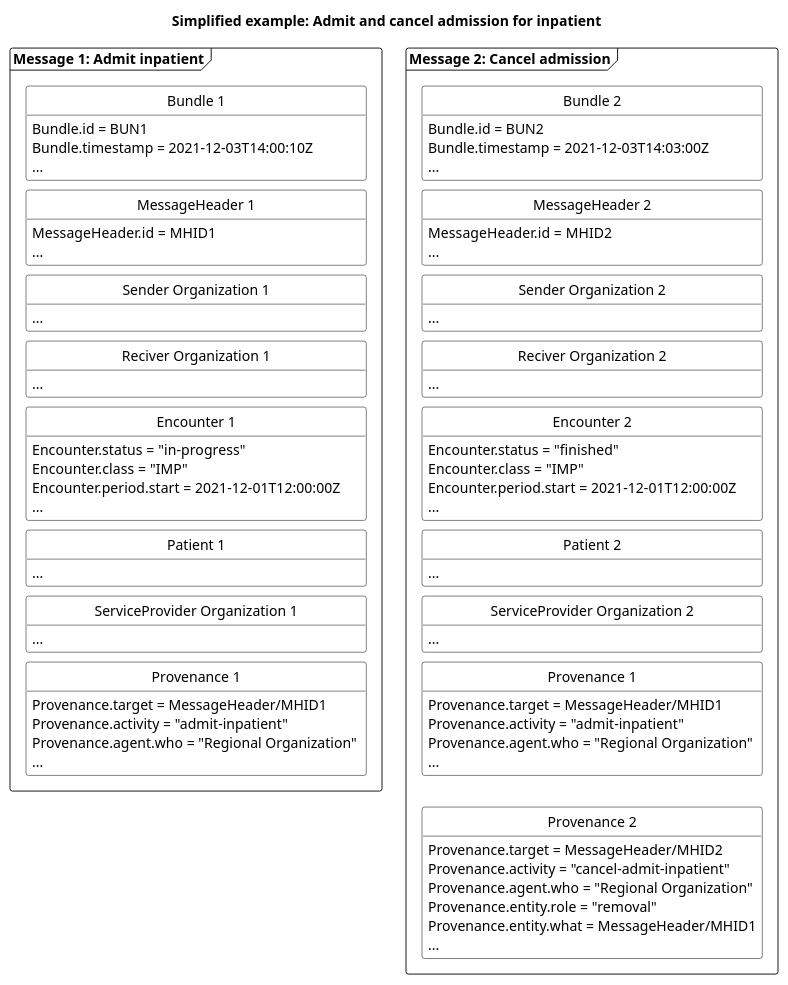
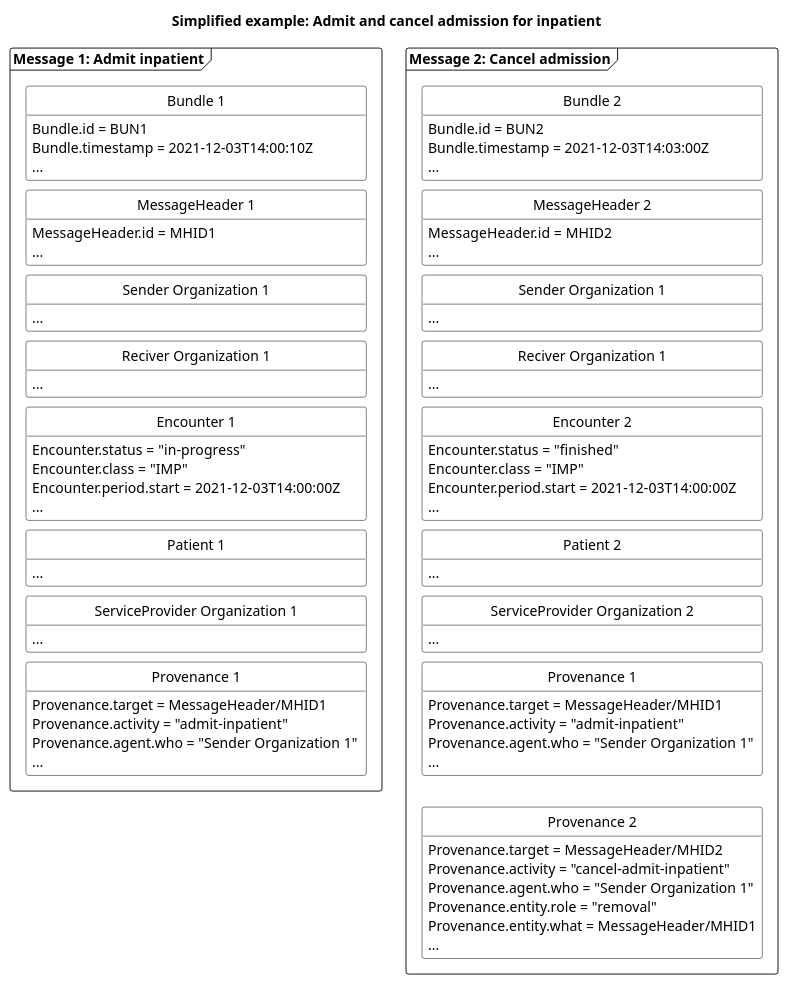
Before and after one commit to medcomdk/dk-medcom-hospitalnotification: the diagram in puml/HospitalNotificationAdmitEnteredInError.puml, drawn with PlantUML. The commit also changed 8 other files, not shown here.

```diff
--- a/puml/HospitalNotificationAdmitEnteredInError.puml
+++ b/puml/HospitalNotificationAdmitEnteredInError.puml
@@ -1,122 +1,122 @@
 @startuml HNAdmitEnteredInError
 
 'layout
 skinparam class {
     BackgroundColor White
     BorderColor Black
     ArrowColor Black
   }
 hide circle
 hide empty members
 skinparam SameClassWidth true
 skinparam Ranksep 10
 
 
 'title
 title Simplified example: Admit and cancel admission for inpatient
 
 'Message 1: Admit inpatient
 package "Message 1: Admit inpatient" as admit <<Frame>>{
     class "Bundle 1" as admitB {
         Bundle.id = BUN1
         Bundle.timestamp = 2021-12-03T14:00:10Z
         ...
     }
     class "MessageHeader 1" as admitMH{
         MessageHeader.id = MHID1
         ...
     }
     class "Sender Organization 1" as admitSOrg{
         ...
     }
     class "Reciver Organization 1" as admitROrg{
         ...
     }
     class "Encounter 1" as admitENC{
         Encounter.status = "in-progress"
         Encounter.class = "IMP"
-        Encounter.period.start = 2021-12-01T12:00:00Z
+        Encounter.period.start = 2021-12-03T14:00:00Z
         ...
     }
     class "Patient 1" as admitPT{
         ...
     }
     class "ServiceProvider Organization 1" as admitSPOrg{
         ...
     }
     class "Provenance 1" as admitPRO{
         Provenance.target = MessageHeader/MHID1
         Provenance.activity = "admit-inpatient"
-        Provenance.agent.who = "Regional Organization"
+        Provenance.agent.who = "Sender Organization 1"
         ...
     }
 
 admitB -[hidden]- admitMH
 admitMH -[hidden]- admitSOrg
 admitSOrg-[hidden]-admitROrg
 admitROrg-[hidden]-admitENC
 admitENC-[hidden]-admitPT
 admitPT-[hidden]-admitSPOrg
 admitSPOrg-[hidden]-admitPRO
 
 }
 
 'Message 2: Entered in Error inpatient
 package "Message 2: Cancel admission" as error <<Frame>> {
     class "Bundle 2" as errorB {
         Bundle.id = BUN2
         Bundle.timestamp = 2021-12-03T14:03:00Z
         ...
     }
     class "MessageHeader 2" as errorMH{
         MessageHeader.id = MHID2
         ...
     }
-    class "Sender Organization 2" as errorSOrg{
+    class "Sender Organization 1" as errorSOrg{
         ...
     }
-    class "Reciver Organization 2" as errorROrg{
+    class "Reciver Organization 1" as errorROrg{
         ...
     }
     class "Encounter 2" as errorENC{
         Encounter.status = "finished"
         Encounter.class = "IMP"        
-        Encounter.period.start = 2021-12-01T12:00:00Z
+        Encounter.period.start = 2021-12-03T14:00:00Z
         ...
     }
     class "Patient 2" as errorPT{
         ...
     }
     class "ServiceProvider Organization 2" as errorSPOrg{
         ...
     }
     class "Provenance 1" as admiterrorPRO{
         Provenance.target = MessageHeader/MHID1
         Provenance.activity = "admit-inpatient"        
-        Provenance.agent.who = "Regional Organization"
+        Provenance.agent.who = "Sender Organization 1"
         ...
     }
     class "Provenance 2" as errorPRO{
         Provenance.target = MessageHeader/MHID2
         Provenance.activity = "cancel-admit-inpatient"
-        Provenance.agent.who = "Regional Organization"
+        Provenance.agent.who = "Sender Organization 1"
         Provenance.entity.role = "removal"
         Provenance.entity.what = MessageHeader/MHID1
         ...
     }
 errorB-[hidden]-errorMH
 errorMH-[hidden]-errorSOrg
 errorSOrg-[hidden]-errorROrg
 errorROrg-[hidden]-errorENC
 errorENC-[hidden]-errorPT
 errorPT-[hidden]-errorSPOrg
 errorSPOrg-[hidden]-admiterrorPRO
 admiterrorPRO-[hidden]-errorPRO
 
 }
 
 ' pile mellem de to beskeder
 ' admit --> error
 
 
 @enduml
```
